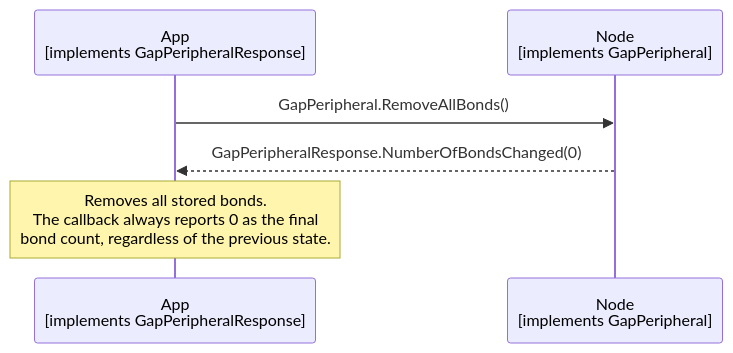
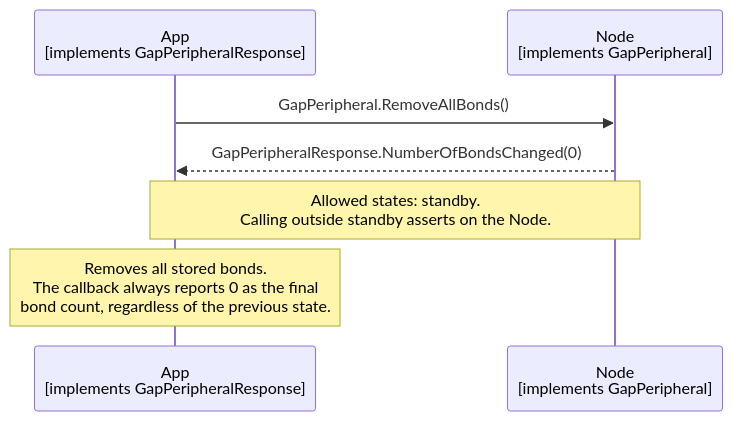
The diagram in documents/modules/ROOT/partials/echoservices/gap_peripheral/GapPeripheral_RemoveAllBonds_sequence.mmd (philips-software/amp-embedded-infra-lib), drawn with Mermaid before and after one commit. The commit also changed 32 other files, not shown here.

Commit message:
apply feedback on gap uml diagrams

```diff
--- a/documents/modules/ROOT/partials/echoservices/gap_peripheral/GapPeripheral_RemoveAllBonds_sequence.mmd
+++ b/documents/modules/ROOT/partials/echoservices/gap_peripheral/GapPeripheral_RemoveAllBonds_sequence.mmd
@@ -1,6 +1,7 @@
 sequenceDiagram
     participant App as App<br>[implements GapPeripheralResponse]
     participant Node as Node<br>[implements GapPeripheral]
     App->>Node: GapPeripheral.RemoveAllBonds()
     Node-->>App: GapPeripheralResponse.NumberOfBondsChanged(0)
+    Note over App, Node: Allowed states: standby.<br>Calling outside standby asserts on the Node.
     Note over App: Removes all stored bonds.<br>The callback always reports 0 as the final<br>bond count, regardless of the previous state.
```
